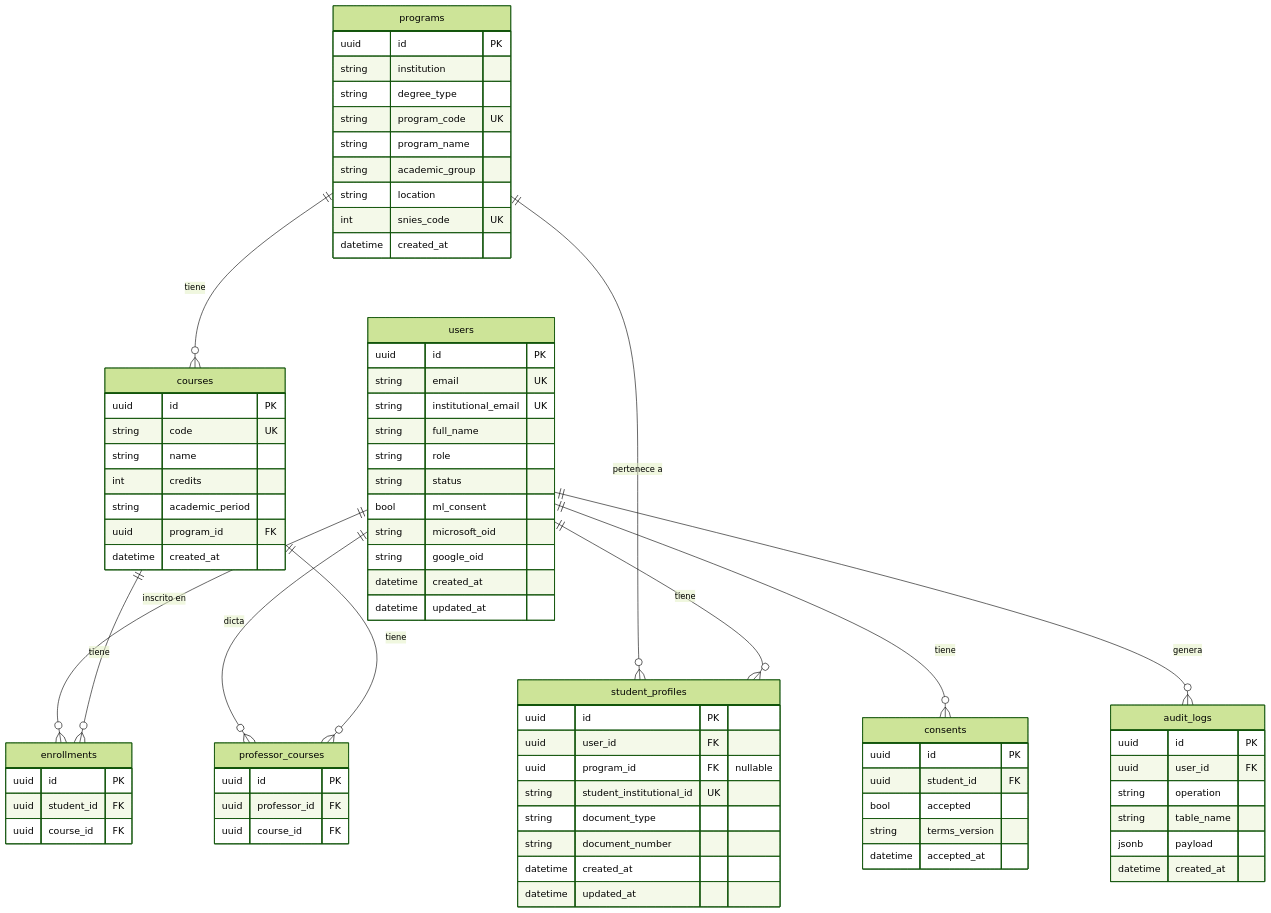
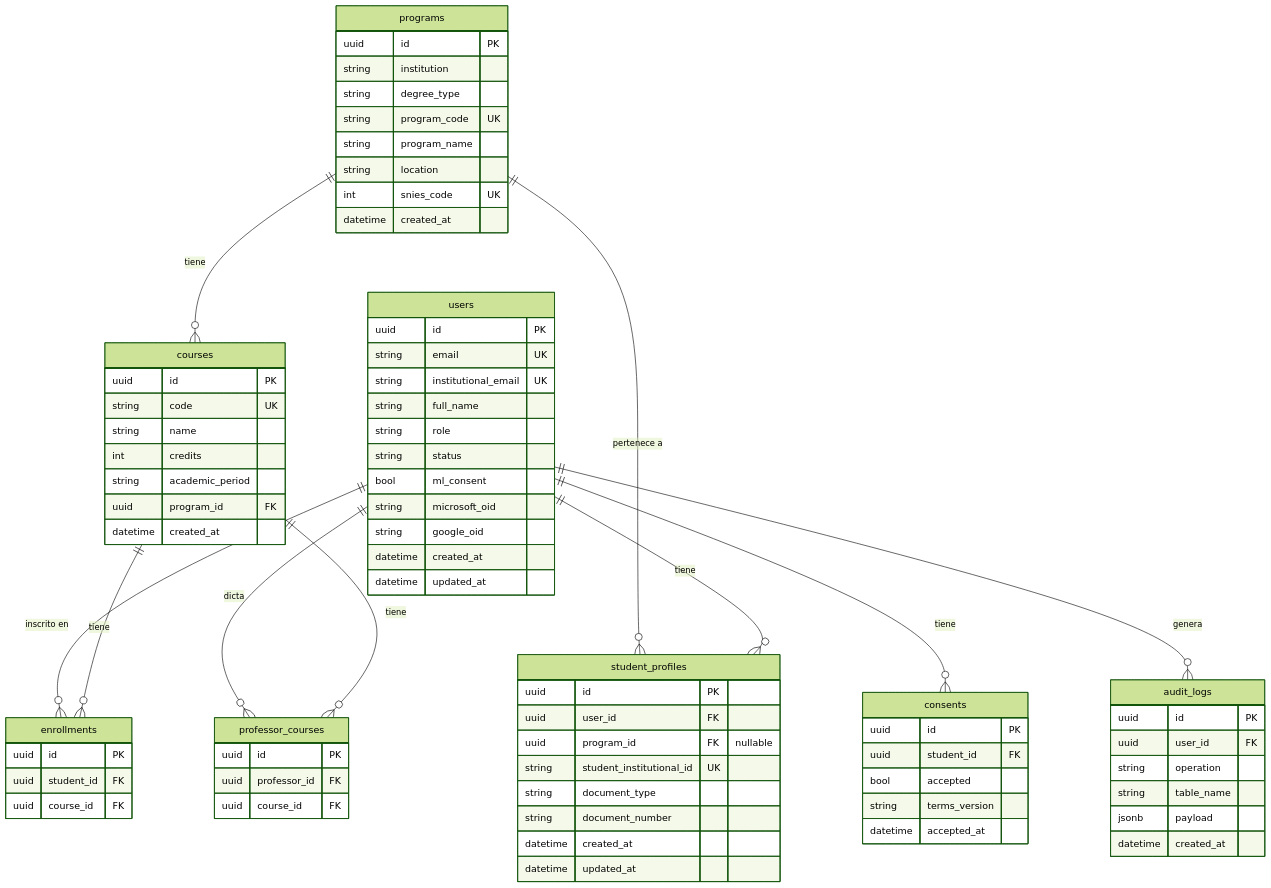
Before and after one commit to emmanuel-yepes-conde/academic-risk-predictor-backend: the diagram in README.md, drawn with Mermaid (forest theme). The commit also changed other lines of this file and 9 other files, not shown here.

````diff
--- a/README.md
+++ b/README.md
@@ -206,80 +209,79 @@
 ```mermaid
 erDiagram
     users {
         uuid id PK
         string email UK
         string institutional_email UK
         string full_name
         string role
         string status
         bool ml_consent
         string microsoft_oid
         string google_oid
         datetime created_at
         datetime updated_at
     }
     programs {
         uuid id PK
         string institution
         string degree_type
         string program_code UK
         string program_name
-        string academic_group
         string location
         int snies_code UK
         datetime created_at
     }
     courses {
         uuid id PK
         string code UK
         string name
         int credits
         string academic_period
         uuid program_id FK
         datetime created_at
     }
     student_profiles {
         uuid id PK
         uuid user_id FK
         uuid program_id FK "nullable"
         string student_institutional_id UK
         string document_type
         string document_number
         datetime created_at
         datetime updated_at
     }
     consents {
         uuid id PK
         uuid student_id FK
         bool accepted
         string terms_version
         datetime accepted_at
     }
     enrollments {
         uuid id PK
         uuid student_id FK
         uuid course_id FK
     }
     professor_courses {
         uuid id PK
         uuid professor_id FK
         uuid course_id FK
     }
     audit_logs {
         uuid id PK
         uuid user_id FK
         string operation
         string table_name
         jsonb payload
         datetime created_at
     }
     programs ||--o{ courses : "tiene"
     programs ||--o{ student_profiles : "pertenece a"
     users ||--o{ student_profiles : "tiene"
     users ||--o{ consents : "tiene"
     users ||--o{ enrollments : "inscrito en"
     users ||--o{ professor_courses : "dicta"
     courses ||--o{ enrollments : "tiene"
     courses ||--o{ professor_courses : "tiene"
     users ||--o{ audit_logs : "genera"
 ```
````
